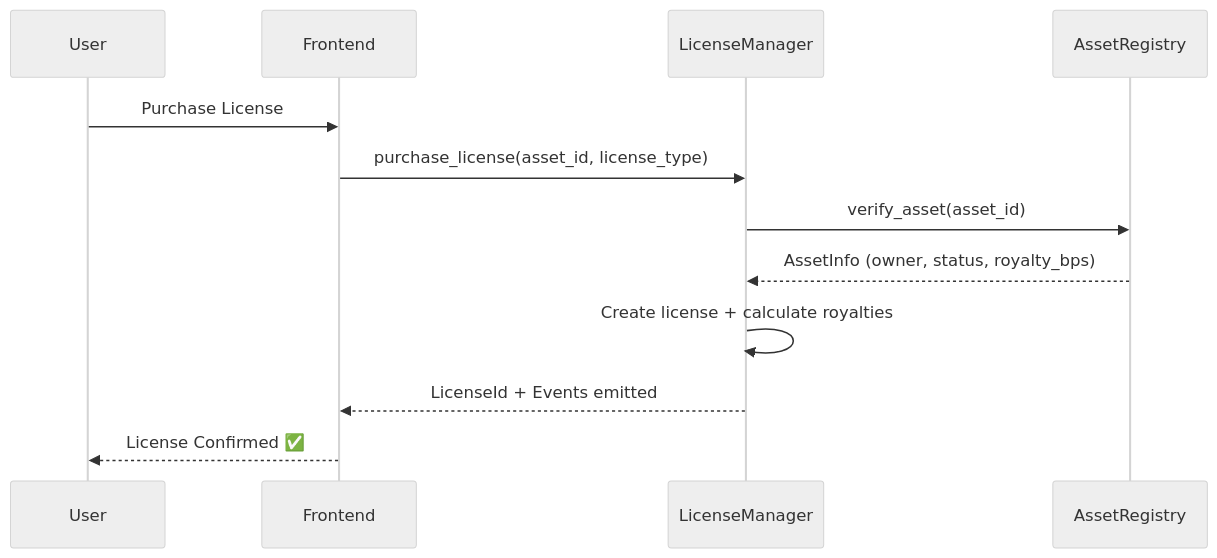
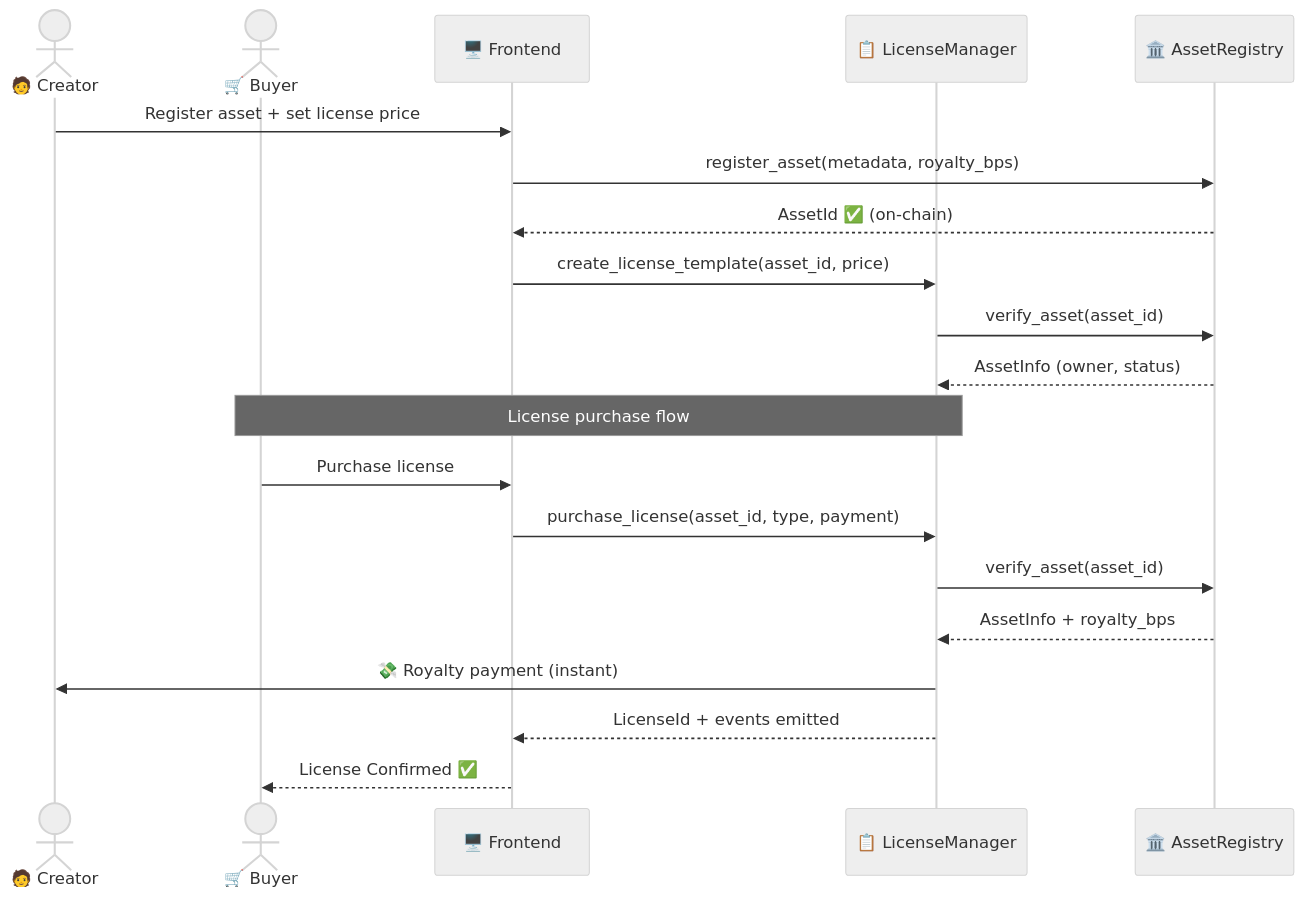
The second of 2 diagrams in README.md (thesayancodes/digital_asset_licensing_platform), drawn with Mermaid (neutral theme) before and after one commit. The commit also changed other lines of this file, not shown here.

````diff
--- a/README.md
+++ b/README.md
@@ -121,15 +168,25 @@
 ```mermaid
 sequenceDiagram
-    participant User
-    participant Frontend
-    participant LicenseManager
-    participant AssetRegistry
+    actor 🧑 Creator
+    actor 🛒 Buyer
+    participant 🖥️ Frontend
+    participant 📋 LicenseManager
+    participant 🏛️ AssetRegistry
 
-    User->>Frontend: Purchase License
-    Frontend->>LicenseManager: purchase_license(asset_id, license_type)
-    LicenseManager->>AssetRegistry: verify_asset(asset_id)
-    AssetRegistry-->>LicenseManager: AssetInfo (owner, status, royalty_bps)
-    LicenseManager->>LicenseManager: Create license + calculate royalties
-    LicenseManager-->>Frontend: LicenseId + Events emitted
-    Frontend-->>User: License Confirmed ✅
+    🧑 Creator->>🖥️ Frontend: Register asset + set license price
+    🖥️ Frontend->>🏛️ AssetRegistry: register_asset(metadata, royalty_bps)
+    🏛️ AssetRegistry-->>🖥️ Frontend: AssetId ✅ (on-chain)
+    🖥️ Frontend->>📋 LicenseManager: create_license_template(asset_id, price)
+    📋 LicenseManager->>🏛️ AssetRegistry: verify_asset(asset_id)
+    🏛️ AssetRegistry-->>📋 LicenseManager: AssetInfo (owner, status)
+
+    Note over 🛒 Buyer, 📋 LicenseManager: License purchase flow
+
+    🛒 Buyer->>🖥️ Frontend: Purchase license
+    🖥️ Frontend->>📋 LicenseManager: purchase_license(asset_id, type, payment)
+    📋 LicenseManager->>🏛️ AssetRegistry: verify_asset(asset_id)
+    🏛️ AssetRegistry-->>📋 LicenseManager: AssetInfo + royalty_bps
+    📋 LicenseManager->>🧑 Creator: 💸 Royalty payment (instant)
+    📋 LicenseManager-->>🖥️ Frontend: LicenseId + events emitted
+    🖥️ Frontend-->>🛒 Buyer: License Confirmed ✅
 ```
````
